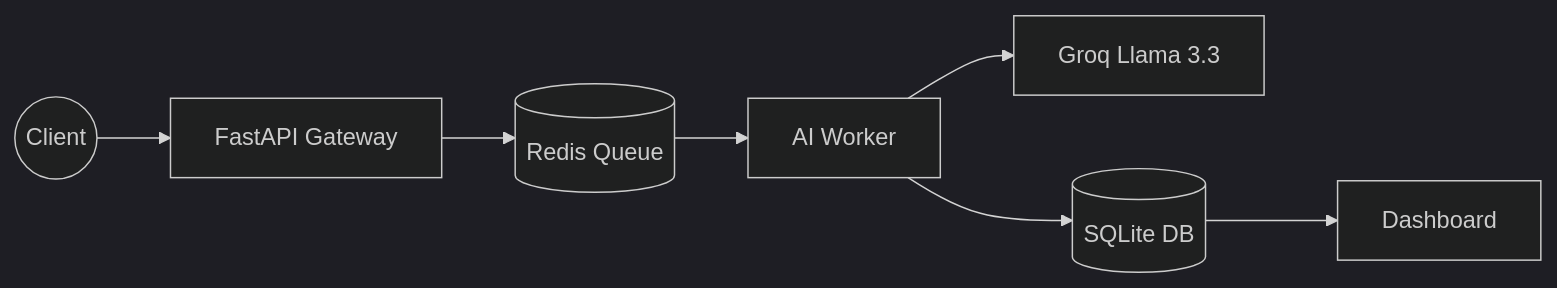
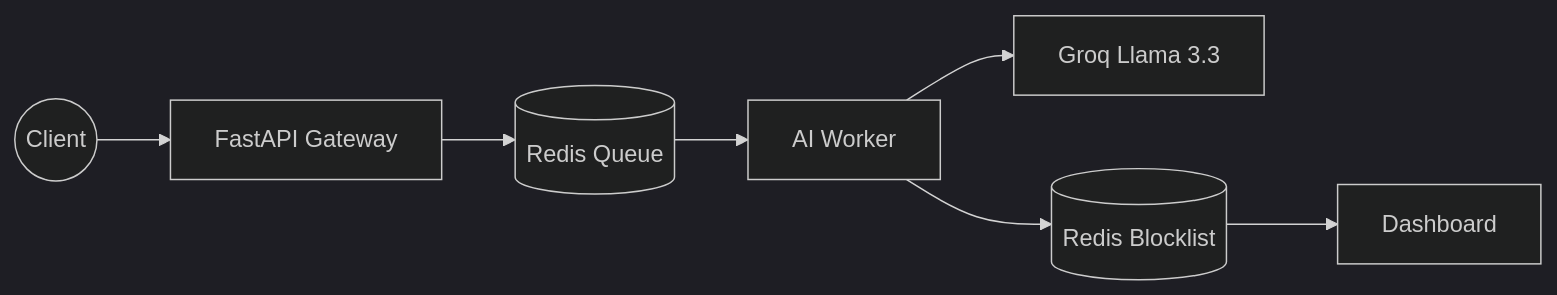
Before and after one commit to Anubhav852/SixGuard: the diagram in README.md, drawn with Mermaid (dark theme). The commit also changed other lines of this file and 1 other file, not shown here.

````diff
--- a/README.md
+++ b/README.md
@@ -9,9 +8,9 @@
 ```mermaid
 graph LR
     User((Client)) --> API[FastAPI Gateway]
     API --> Redis[(Redis Queue)]
     Redis --> Worker[AI Worker]
     Worker --> Groq[Groq Llama 3.3]
-    Worker --> DB[(SQLite DB)]
+    Worker --> DB[(Redis Blocklist)]
     DB --> Dash[Dashboard]
 ```
````
